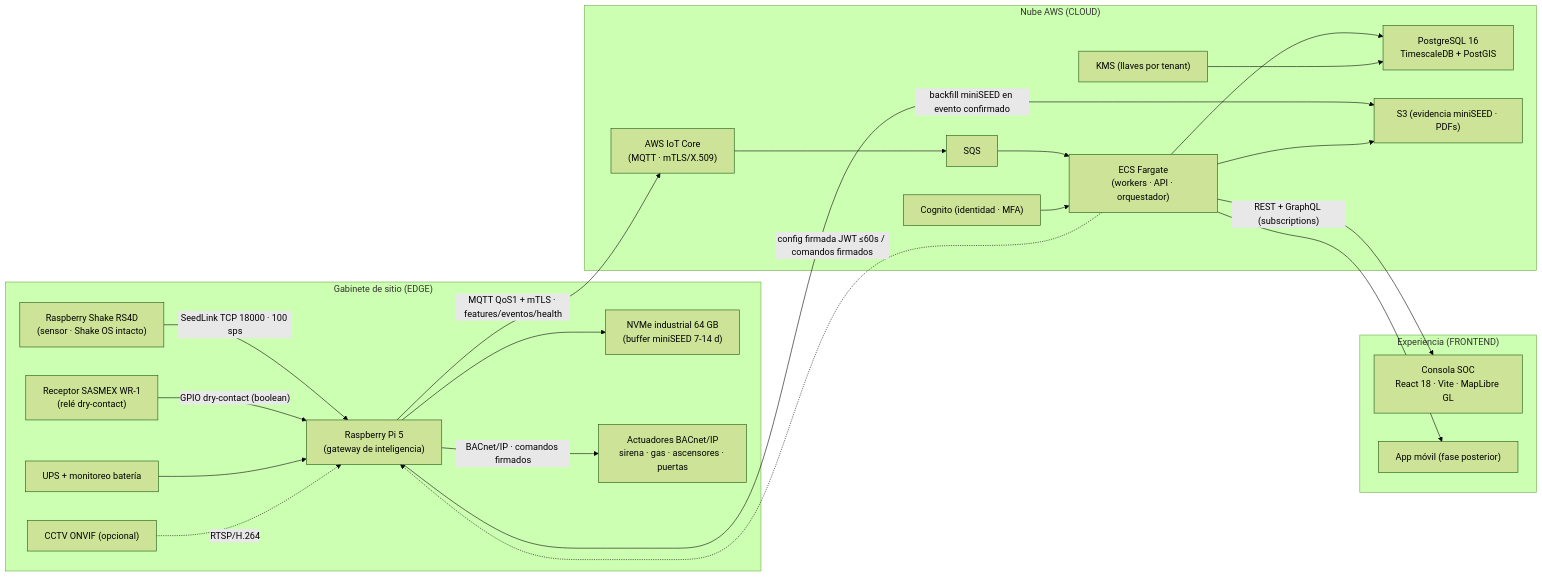
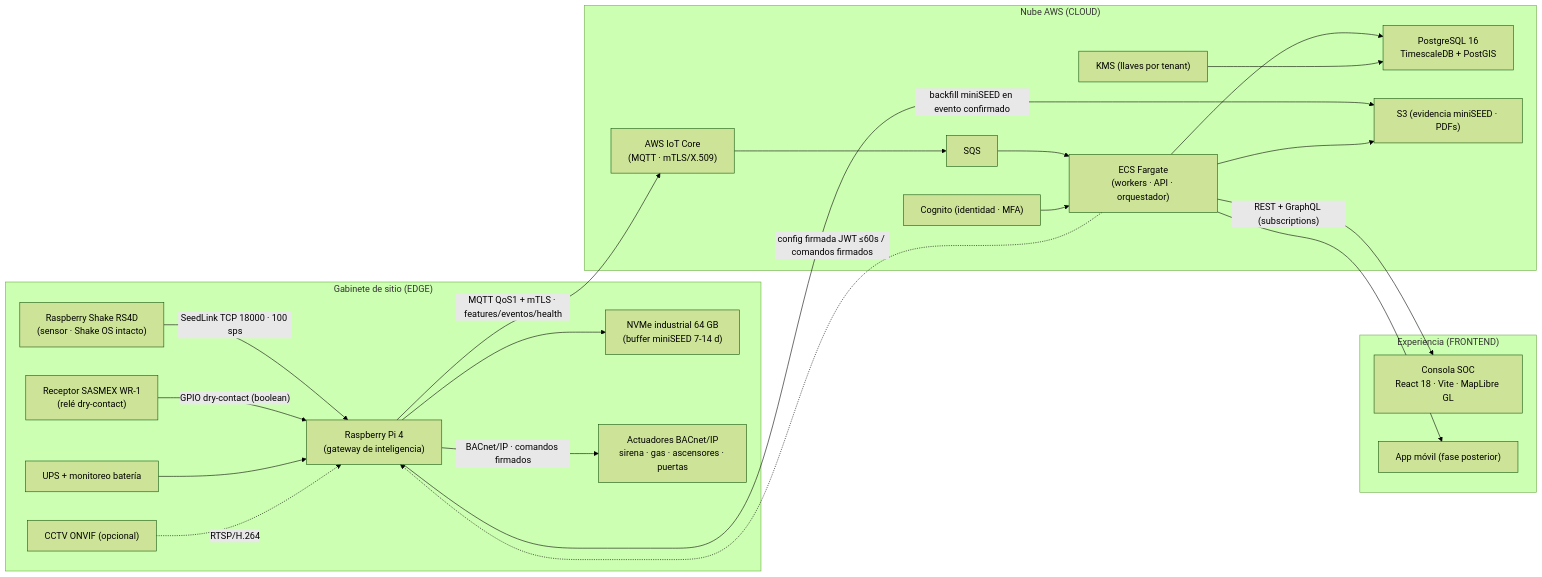
Before and after one commit to MauBautista/alertamiento-sismico: the diagram in takab-docs/BLUEPRINT-TECNICO-TAKAB.md, drawn with Mermaid (forest theme). The commit also changed other lines of this file and 5 other files, not shown here.

````diff
--- a/takab-docs/BLUEPRINT-TECNICO-TAKAB.md
+++ b/takab-docs/BLUEPRINT-TECNICO-TAKAB.md
@@ -59,45 +59,45 @@
 ```mermaid
 flowchart LR
   subgraph Gabinete["Gabinete de sitio (EDGE)"]
     RS["Raspberry Shake RS4D\n(sensor · Shake OS intacto)"]
     WR1["Receptor SASMEX WR-1\n(relé dry-contact)"]
-    PI["Raspberry Pi 5\n(gateway de inteligencia)"]
+    PI["Raspberry Pi 4\n(gateway de inteligencia)"]
     SSD["NVMe industrial 64 GB\n(buffer miniSEED 7-14 d)"]
     UPS["UPS + monitoreo batería"]
     BAC["Actuadores BACnet/IP\nsirena · gas · ascensores · puertas"]
     CCTV["CCTV ONVIF (opcional)"]
 
     RS -->|"SeedLink TCP 18000 · 100 sps"| PI
     WR1 -->|"GPIO dry-contact (boolean)"| PI
     PI --> SSD
     UPS --> PI
     PI -->|"BACnet/IP · comandos firmados"| BAC
     CCTV -.->|"RTSP/H.264"| PI
   end
 
   subgraph Cloud["Nube AWS (CLOUD)"]
     IOT["AWS IoT Core\n(MQTT · mTLS/X.509)"]
     SQS["SQS"]
     ECS["ECS Fargate\n(workers · API · orquestador)"]
     PG["PostgreSQL 16\nTimescaleDB + PostGIS"]
     S3["S3 (evidencia miniSEED · PDFs)"]
     COG["Cognito (identidad · MFA)"]
     KMS["KMS (llaves por tenant)"]
   end
 
   subgraph Front["Experiencia (FRONTEND)"]
     WEB["Consola SOC\nReact 18 · Vite · MapLibre GL"]
     MOB["App móvil (fase posterior)"]
   end
 
   PI -->|"MQTT QoS1 + mTLS · features/eventos/health"| IOT
   PI -->|"backfill miniSEED en evento confirmado"| S3
   IOT --> SQS --> ECS
   ECS --> PG
   ECS --> S3
   COG --> ECS
   KMS --> PG
   ECS -->|"REST + GraphQL (subscriptions)"| WEB
   ECS --> MOB
   ECS -.->|"config firmada JWT ≤60s / comandos firmados"| PI
 ```
````
